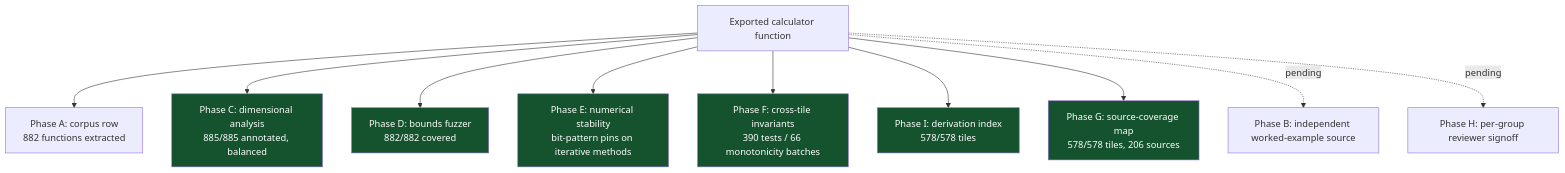
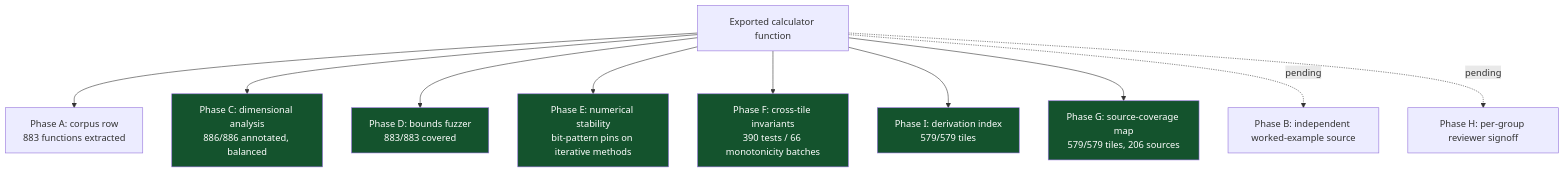
The fourth of 6 diagrams in README.md (clay-good/roughlogic.com), drawn with Mermaid before and after one commit. The commit also changed other lines of this file and 16 other files, not shown here.

````diff
--- a/README.md
+++ b/README.md
@@ -298,18 +300,18 @@
 ```mermaid
 flowchart TB
-    F[Exported calculator function] --> A[Phase A: corpus row\n882 functions extracted]
-    F --> C[Phase C: dimensional analysis\n885/885 annotated, balanced]
-    F --> D[Phase D: bounds fuzzer\n882/882 covered]
+    F[Exported calculator function] --> A[Phase A: corpus row\n883 functions extracted]
+    F --> C[Phase C: dimensional analysis\n886/886 annotated, balanced]
+    F --> D[Phase D: bounds fuzzer\n883/883 covered]
     F --> E[Phase E: numerical stability\nbit-pattern pins on iterative methods]
     F --> Fa[Phase F: cross-tile invariants\n390 tests / 66 monotonicity batches]
-    F --> I[Phase I: derivation index\n578/578 tiles]
-    F --> G[Phase G: source-coverage map\n578/578 tiles, 206 sources]
+    F --> I[Phase I: derivation index\n579/579 tiles]
+    F --> G[Phase G: source-coverage map\n579/579 tiles, 206 sources]
     F -.pending.-> B[Phase B: independent worked-example source]
     F -.pending.-> H[Phase H: per-group reviewer signoff]
     style C fill:#14532d,color:#fff
     style D fill:#14532d,color:#fff
     style E fill:#14532d,color:#fff
     style Fa fill:#14532d,color:#fff
     style G fill:#14532d,color:#fff
     style I fill:#14532d,color:#fff
 ```
````
